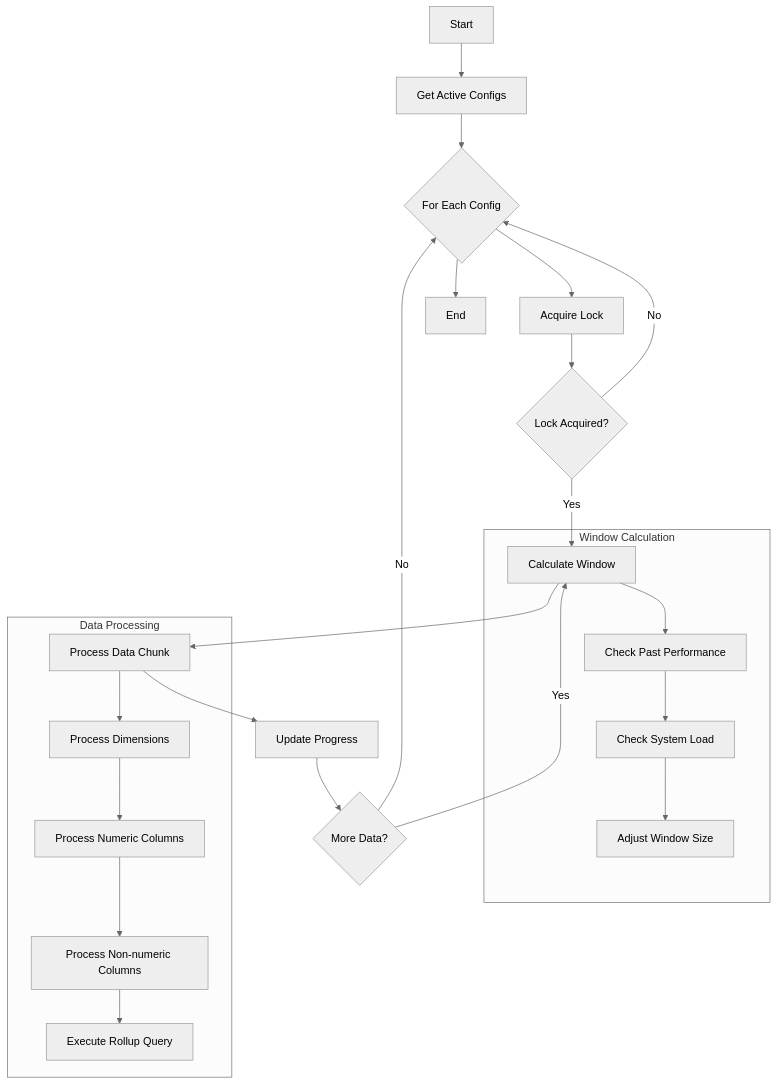
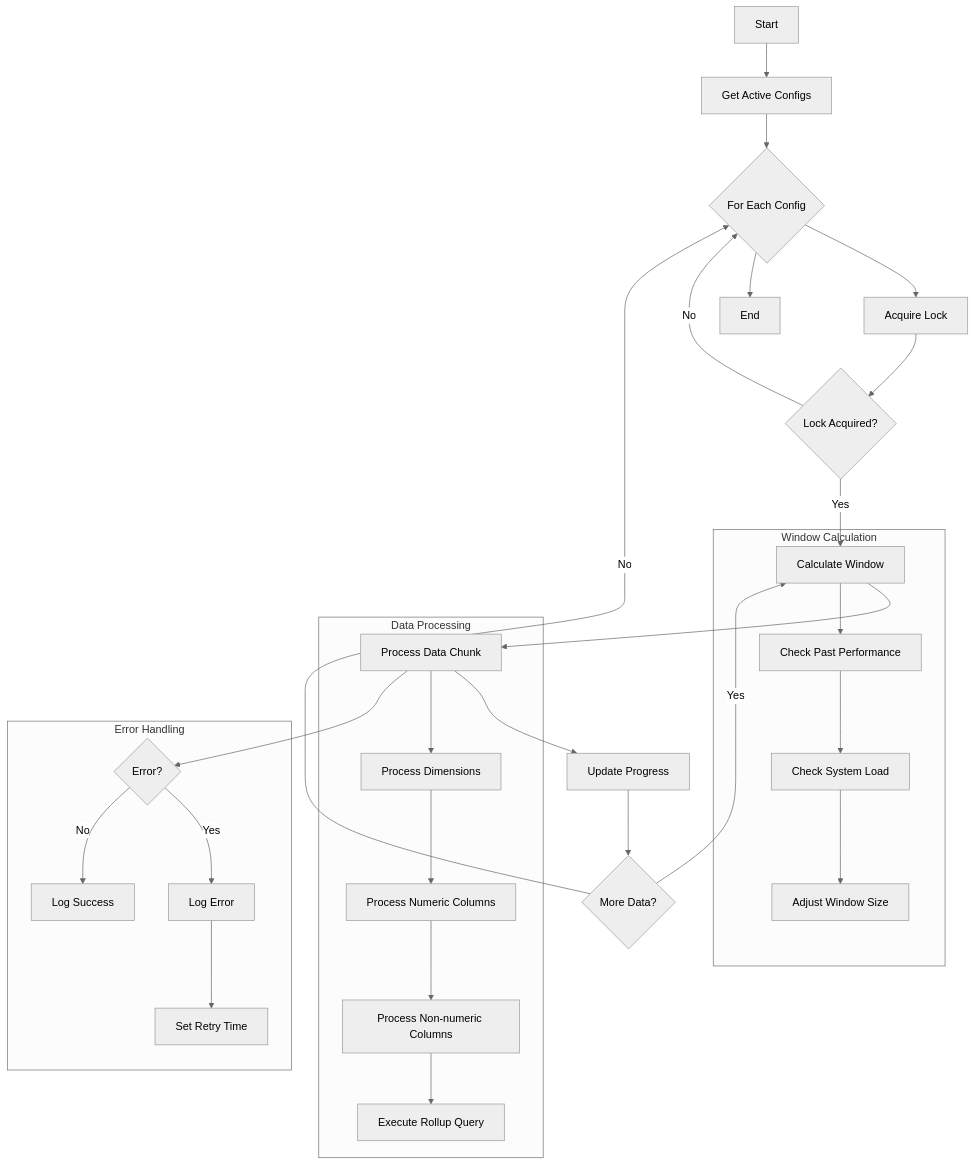
Before and after one commit to anilpraneeth/time-series-rollup: the first of 3 diagrams in src/main/pgdb/migrations/foundational/timeseries/README.md, drawn with Mermaid (neutral theme). The commit also changed other lines of this file and 1 other file, not shown here.

````diff
--- a/src/main/pgdb/migrations/foundational/timeseries/README.md
+++ b/src/main/pgdb/migrations/foundational/timeseries/README.md
@@ -92,28 +104,35 @@
    ```mermaid
    flowchart TD
        A[Start] --> B[Get Active Configs]
        B --> C{For Each Config}
        C --> D[Acquire Lock]
        D --> E{Lock Acquired?}
        E -->|No| C
        E -->|Yes| F[Calculate Window]
        F --> G[Process Data Chunk]
        G --> H[Update Progress]
        H --> I{More Data?}
        I -->|Yes| F
        I -->|No| C
        C --> J[End]
 
        subgraph "Window Calculation"
            F --> F1[Check Past Performance]
            F1 --> F2[Check System Load]
            F2 --> F3[Adjust Window Size]
        end
 
        subgraph "Data Processing"
            G --> G1[Process Dimensions]
            G1 --> G2[Process Numeric Columns]
            G2 --> G3[Process Non-numeric Columns]
            G3 --> G4[Execute Rollup Query]
        end
+
+       subgraph "Error Handling"
+           G --> G5{Error?}
+           G5 -->|Yes| G6[Log Error]
+           G6 --> G7[Set Retry Time]
+           G5 -->|No| G8[Log Success]
+       end
    ```
````
